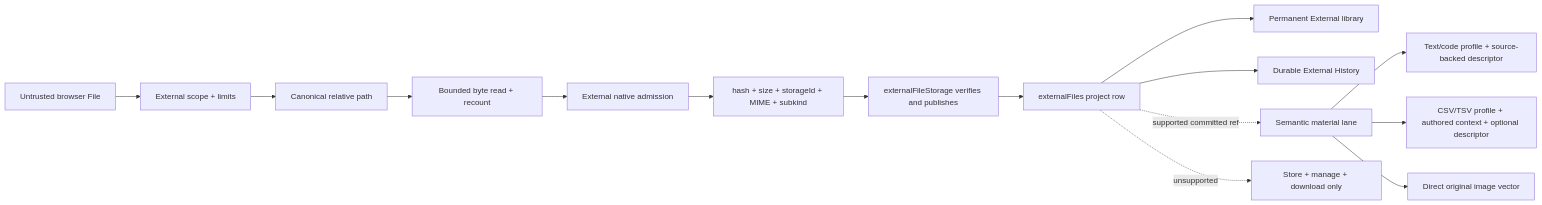
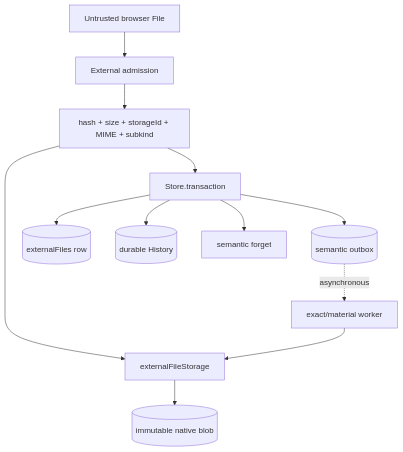
One commit to gccurtis/icarus changed the second of 6 diagrams in app/src/lib/development-views/external-files-reference/external-files-reference.md. Above: the diagram before and after it, drawn with Mermaid. The commit also changed other lines of this file and 11 other files, not shown here.

````diff
--- a/app/src/lib/development-views/external-files-reference/external-files-reference.md
+++ b/app/src/lib/development-views/external-files-reference/external-files-reference.md
@@ -26,17 +76,14 @@
 ```mermaid
-flowchart LR
-  Browser[Untrusted browser File] --> Scope[External scope + limits]
-  Scope --> Path[Canonical relative path]
-  Path --> Read[Bounded byte read + recount]
-  Read --> Admit[External native admission]
-  Admit --> Descriptor[hash + size + storageId + MIME + subkind]
-  Descriptor --> Storage[externalFileStorage verifies and publishes]
-  Storage --> Row[externalFiles project row]
-  Row --> Library[Permanent External library]
-  Row --> History[Durable External History]
-  Row -. supported committed ref .-> Material[Semantic material lane]
-  Material --> Code[Text/code profile + source-backed descriptor]
-  Material --> Data[CSV/TSV profile + authored context + optional descriptor]
-  Material --> Image[Direct original image vector]
-  Row -. unsupported .-> Managed[Store + manage + download only]
+flowchart TB
+  Browser[Untrusted browser File] --> Admission[External admission]
+  Admission --> Descriptor[hash + size + storageId + MIME + subkind]
+  Descriptor --> Native[externalFileStorage]
+  Native --> Blob[(immutable native blob)]
+  Descriptor --> Tx[Store.transaction]
+  Tx --> Row[(externalFiles row)]
+  Tx --> History[(durable History)]
+  Tx --> Forget[semantic forget]
+  Tx --> Outbox[(semantic outbox)]
+  Outbox -. asynchronous .-> Worker[exact/material worker]
+  Worker --> Native
 ```
````
